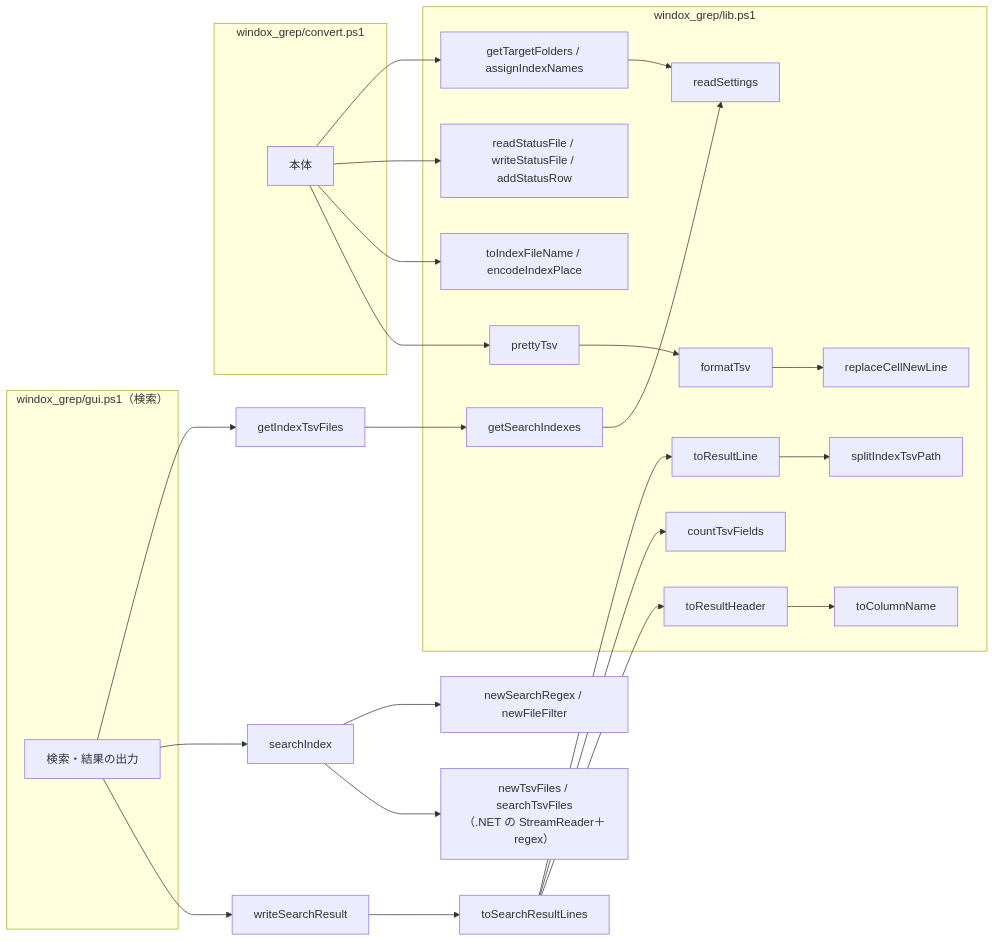
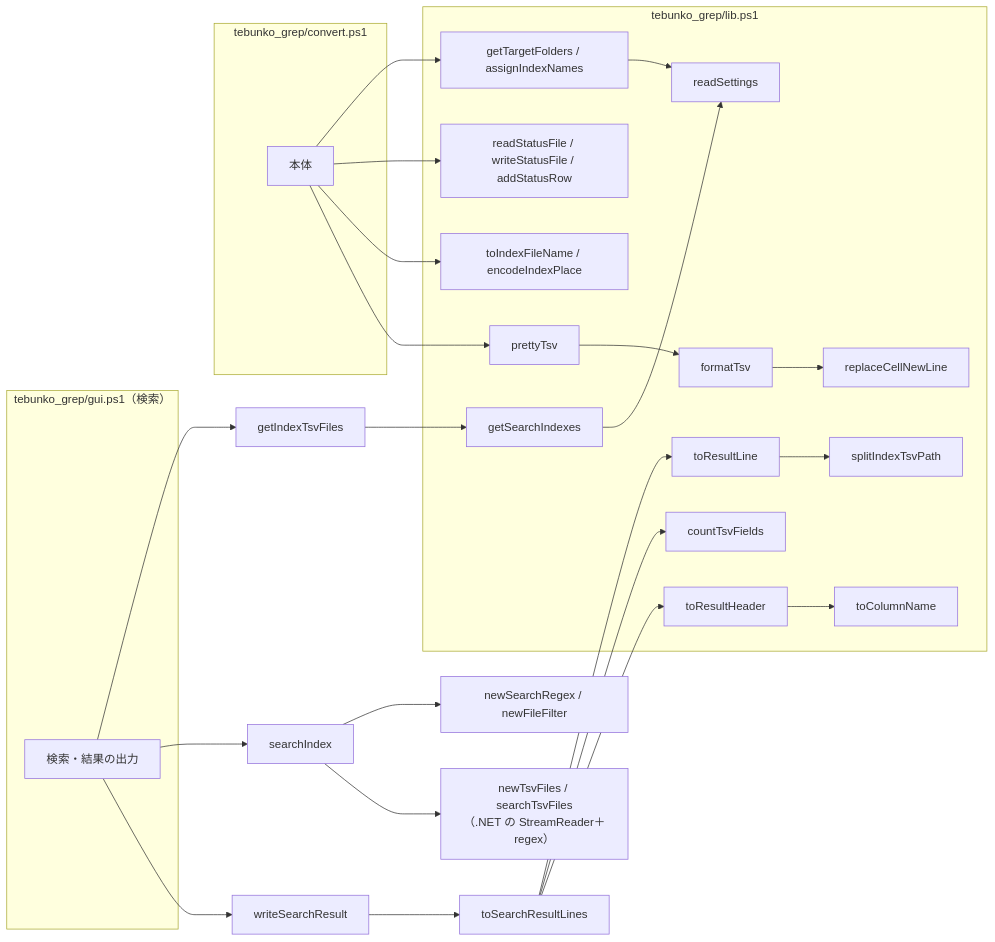
One commit to hsgwa/tebunko changed the first of 2 diagrams in docs/00_共通_2_共通モジュール.md. Above: the diagram before and after it, drawn with Mermaid. The commit also changed other lines of this file and 108 other files, not shown here.

First line of the commit message:
リポジトリ名を tebunko にし、ツール名を tebunko_grep へ改める

````diff
--- a/docs/00_共通_2_共通モジュール.md
+++ b/docs/00_共通_2_共通モジュール.md
@@ -147,37 +147,37 @@
 ```mermaid
 flowchart LR
-    subgraph OTS["windox_grep/convert.ps1"]
+    subgraph OTS["tebunko_grep/convert.ps1"]
         OT["本体"]
     end
-    subgraph GRS["windox_grep/gui.ps1（検索）"]
+    subgraph GRS["tebunko_grep/gui.ps1（検索）"]
         GR["検索・結果の出力"]
     end
-    subgraph CMS["windox_grep/lib.ps1"]
+    subgraph CMS["tebunko_grep/lib.ps1"]
         RCL["readSettings"]
         RSF["readStatusFile / writeStatusFile / addStatusRow"]
         GTF["getTargetFolders / assignIndexNames"]
         GIF["getSearchIndexes"]
         TSF["toIndexFileName / encodeIndexPlace"]
         RNL["replaceCellNewLine"]
         FT["formatTsv"]
         PT["prettyTsv"]
         SIF["splitIndexTsvPath"]
         TRL["toResultLine"]
         CTF["countTsvFields"]
         TRH["toResultHeader"]
         TCN["toColumnName"]
     end
 
     OT --> GTF --> RCL
     OT --> RSF
     OT --> TSF
     OT --> PT --> FT --> RNL
     GR --> ITF["getIndexTsvFiles"] --> GIF --> RCL
     GR --> SI["searchIndex"]
     SI --> NSR["newSearchRegex / newFileFilter"]
     SI --> STF["newTsvFiles / searchTsvFiles<br>（.NET の StreamReader＋regex）"]
     GR --> WSR["writeSearchResult"] --> TSR["toSearchResultLines"]
     TSR --> TRL --> SIF
     TSR --> CTF
     TSR --> TRH --> TCN
 ```
````
